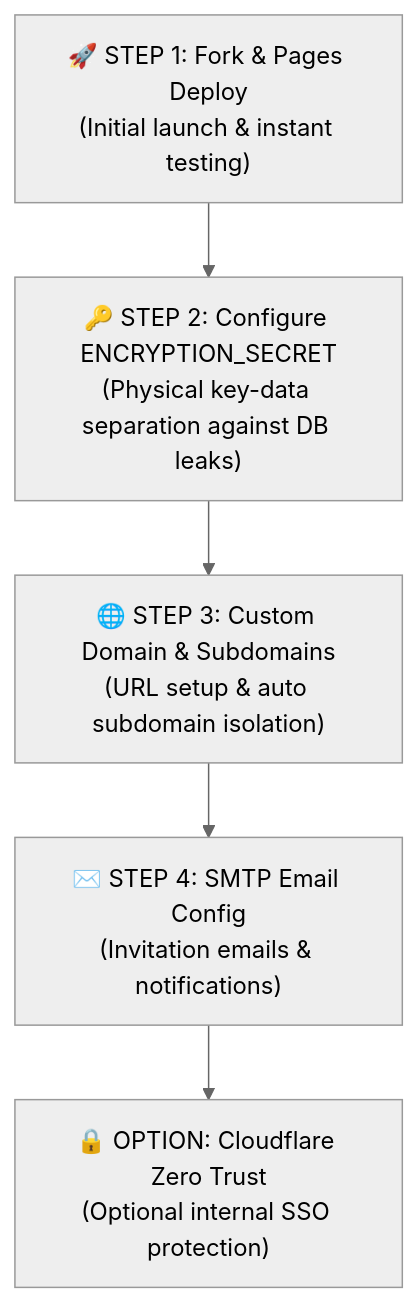
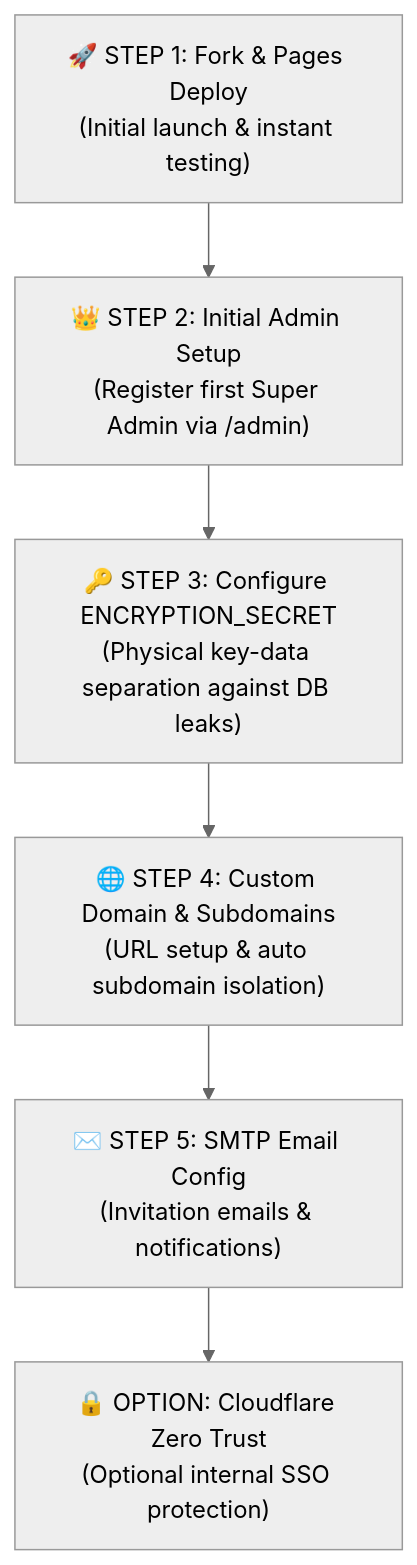
One commit to cohive-tms/cohive-cloudflare changed the diagram in README.md. Above: the diagram before and after it, drawn with Mermaid (neutral theme). The commit also changed other lines of this file and 3 other files, not shown here.

Commit message:
feat: implement initial D1 database schema and update custom domain documentation

````diff
--- a/README.md
+++ b/README.md
@@ -58,7 +58,8 @@
 ```mermaid
 flowchart TD
-    Step1["🚀 STEP 1: Fork & Pages Deploy<br/>(Initial launch & instant testing)"] --> Step2["🔑 STEP 2: Configure ENCRYPTION_SECRET<br/>(Physical key-data separation against DB leaks)"]
-    Step2 --> Step3["🌐 STEP 3: Custom Domain & Subdomains<br/>(URL setup & auto subdomain isolation)"]
-    Step3 --> Step4["✉️ STEP 4: SMTP Email Config<br/>(Invitation emails & notifications)"]
-    Step4 --> Option["🔒 OPTION: Cloudflare Zero Trust<br/>(Optional internal SSO protection)"]
+    Step1["🚀 STEP 1: Fork & Pages Deploy<br/>(Initial launch & instant testing)"] --> Step2["👑 STEP 2: Initial Admin Setup<br/>(Register first Super Admin via /admin)"]
+    Step2 --> Step3["🔑 STEP 3: Configure ENCRYPTION_SECRET<br/>(Physical key-data separation against DB leaks)"]
+    Step3 --> Step4["🌐 STEP 4: Custom Domain & Subdomains<br/>(URL setup & auto subdomain isolation)"]
+    Step4 --> Step5["✉️ STEP 5: SMTP Email Config<br/>(Invitation emails & notifications)"]
+    Step5 --> Option["🔒 OPTION: Cloudflare Zero Trust<br/>(Optional internal SSO protection)"]
 ```
````
